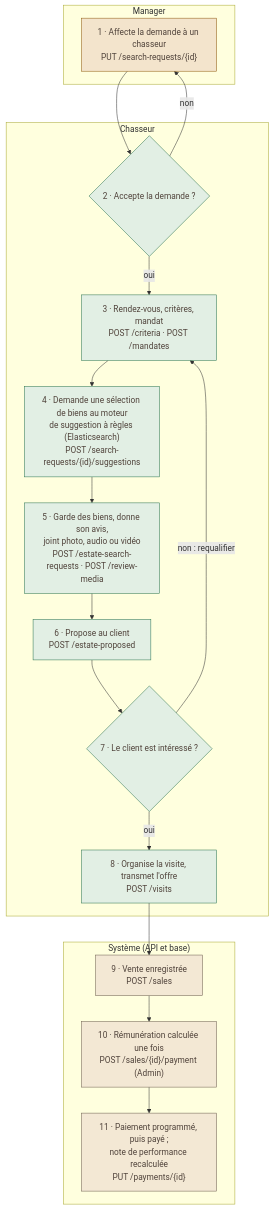
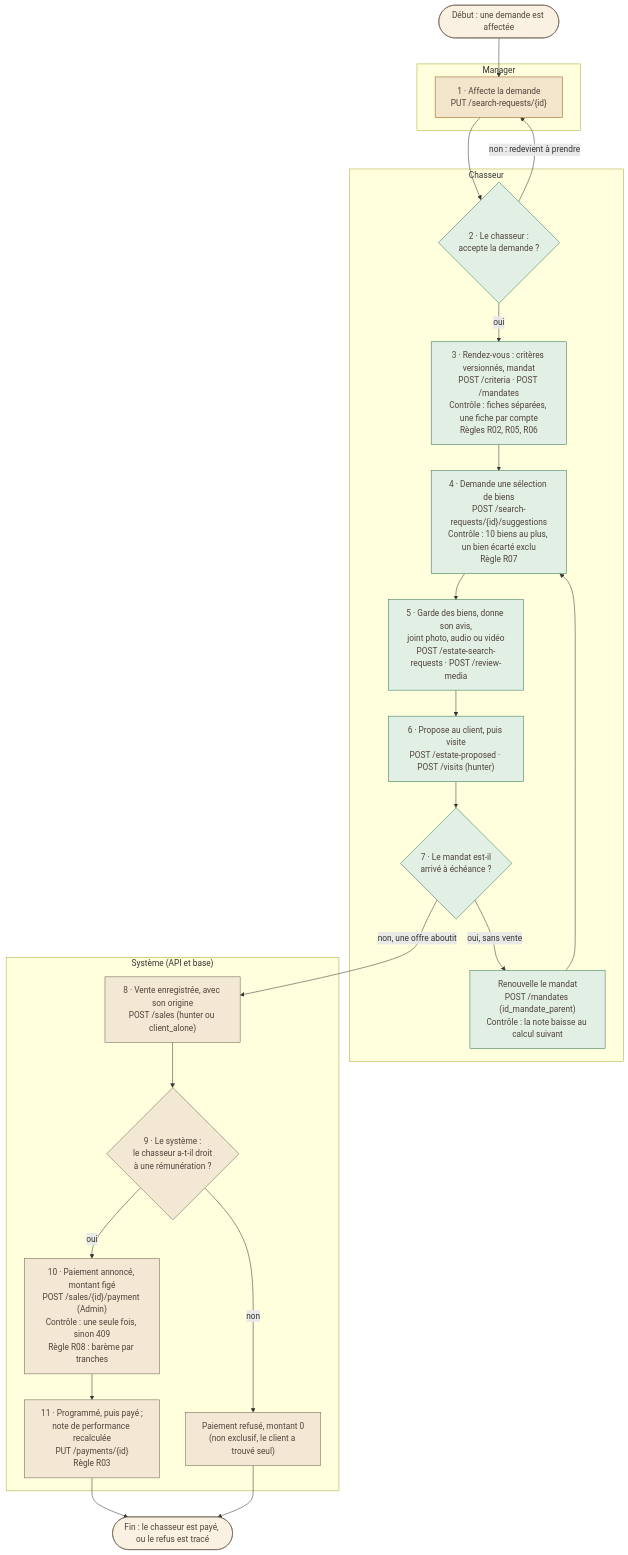
The third of 3 diagrams in livrables/4-application/processus-metier.md (GaSeBeLa/Fil-Rouge), drawn with Mermaid before and after one commit. The commit also changed other lines of this file and 3 other files, not shown here.

````diff
--- a/livrables/4-application/processus-metier.md
+++ b/livrables/4-application/processus-metier.md
@@ -67,33 +99,41 @@
 ```mermaid
 flowchart TB
+    D2(["Début : une demande est affectée"])
     subgraph MAN2["Manager"]
-        A1["1 · Affecte la demande à un chasseur<br/>PUT /search-requests/{id}"]
+        A1["1 · Affecte la demande<br/>PUT /search-requests/{id}"]
     end
     subgraph CHA2["Chasseur"]
-        A2{"2 · Accepte la demande ?"}
-        A3["3 · Rendez-vous, critères, mandat<br/>POST /criteria · POST /mandates"]
-        A4["4 · Demande une sélection de biens au moteur<br/>de suggestion à règles (Elasticsearch)<br/>POST /search-requests/{id}/suggestions"]
+        A2{"2 · Le chasseur :<br/>accepte la demande ?"}
+        A3["3 · Rendez-vous : critères versionnés, mandat<br/>POST /criteria · POST /mandates<br/>Contrôle : fiches séparées, une fiche par compte<br/>Règles R02, R05, R06"]
+        A4["4 · Demande une sélection de biens<br/>POST /search-requests/{id}/suggestions<br/>Contrôle : 10 biens au plus, un bien écarté exclu<br/>Règle R07"]
         A5["5 · Garde des biens, donne son avis,<br/>joint photo, audio ou vidéo<br/>POST /estate-search-requests · POST /review-media"]
-        A6["6 · Propose au client<br/>POST /estate-proposed"]
-        A7{"7 · Le client est intéressé ?"}
-        A8["8 · Organise la visite, transmet l'offre<br/>POST /visits"]
+        A6["6 · Propose au client, puis visite<br/>POST /estate-proposed · POST /visits (hunter)"]
+        A7{"7 · Le mandat est-il<br/>arrivé à échéance ?"}
+        A8["Renouvelle le mandat<br/>POST /mandates (id_mandate_parent)<br/>Contrôle : la note baisse au calcul suivant"]
     end
     subgraph SYS2["Système (API et base)"]
-        B2["9 · Vente enregistrée<br/>POST /sales"]
-        B3["10 · Rémunération calculée une fois<br/>POST /sales/{id}/payment (Admin)"]
-        B4["11 · Paiement programmé, puis payé ;<br/>note de performance recalculée<br/>PUT /payments/{id}"]
+        B1["8 · Vente enregistrée, avec son origine<br/>POST /sales (hunter ou client_alone)"]
+        B2{"9 · Le système :<br/>le chasseur a-t-il droit<br/>à une rémunération ?"}
+        B3["10 · Paiement annoncé, montant figé<br/>POST /sales/{id}/payment (Admin)<br/>Contrôle : une seule fois, sinon 409<br/>Règle R08 : barème par tranches"]
+        B4["11 · Programmé, puis payé ;<br/>note de performance recalculée<br/>PUT /payments/{id}<br/>Règle R03"]
+        B5["Paiement refusé, montant 0<br/>(non exclusif, le client a trouvé seul)"]
     end
+    F2(["Fin : le chasseur est payé, ou le refus est tracé"])
 
-    A1 --> A2
-    A2 -->|"non"| A1
+    D2 --> A1 --> A2
+    A2 -->|"non : redevient à prendre"| A1
     A2 -->|"oui"| A3 --> A4 --> A5 --> A6 --> A7
-    A7 -->|"non : requalifier"| A3
-    A7 -->|"oui"| A8 --> B2 --> B3 --> B4
+    A7 -->|"oui, sans vente"| A8 --> A4
+    A7 -->|"non, une offre aboutit"| B1 --> B2
+    B2 -->|"oui"| B3 --> B4 --> F2
+    B2 -->|"non"| B5 --> F2
 
     classDef man fill:#f3e4cc,stroke:#8f5a0f,color:#50433b
     classDef cha fill:#e2efe4,stroke:#2d7551,color:#50433b
     classDef sys fill:#f3e8d4,stroke:#6e6151,color:#50433b
+    classDef bord fill:#faf1e2,stroke:#6e6151,color:#50433b
     class A1 man
     class A2,A3,A4,A5,A6,A7,A8 cha
-    class B2,B3,B4 sys
+    class B1,B2,B3,B4,B5 sys
+    class D2,F2 bord
 ```
````
